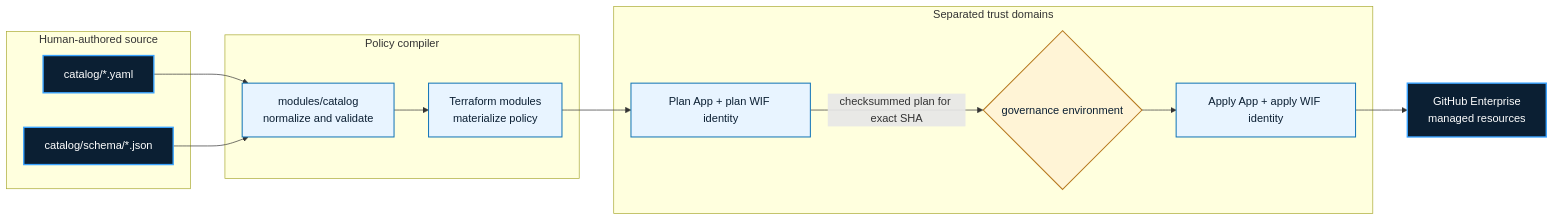
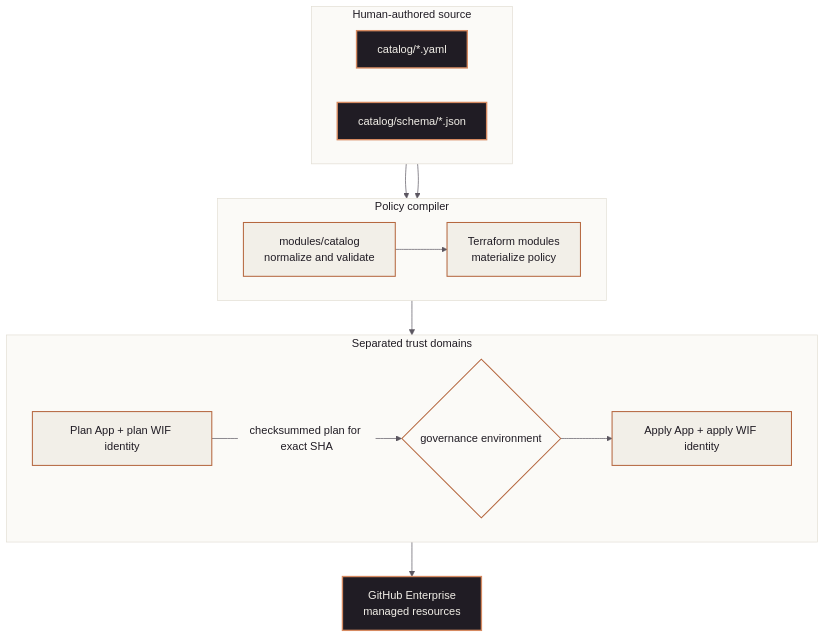
Before and after one commit to mindclade/github-config-old: the diagram in docs/architecture.md, drawn with Mermaid. The commit also changed 50 other files, not shown here.

````diff
--- a/docs/architecture.md
+++ b/docs/architecture.md
@@ -43,32 +43,39 @@
 ```mermaid
-flowchart LR
+%%{init: {"theme":"base","themeVariables":{"primaryColor":"#F2EFE8","primaryTextColor":"#201C24","primaryBorderColor":"#B5673F","secondaryColor":"#FBFAF7","tertiaryColor":"#FBFAF7","lineColor":"#5B5660","edgeLabelBackground":"#FBFAF7","clusterBkg":"#FBFAF7","clusterBorder":"#E2DED4"}}}%%
+flowchart TD
     subgraph Source["Human-authored source"]
+        direction LR
         CAT["catalog/*.yaml"]
         SCH["catalog/schema/*.json"]
     end
     subgraph Compiler["Policy compiler"]
+        direction LR
         MOD["modules/catalog<br/>normalize and validate"]
         TF["Terraform modules<br/>materialize policy"]
     end
     subgraph Trust["Separated trust domains"]
+        direction LR
         PLAN["Plan App + plan WIF identity"]
         GATE{"governance environment"}
         APPLY["Apply App + apply WIF identity"]
     end
     GH["GitHub Enterprise<br/>managed resources"]
 
     CAT --> MOD
     SCH --> MOD
     MOD --> TF
     TF --> PLAN
     PLAN -->|"checksummed plan for exact SHA"| GATE
     GATE --> APPLY
     APPLY --> GH
 
-    classDef authority fill:#0b1f33,color:#ffffff,stroke:#3aa3ff,stroke-width:2px;
-    classDef managed fill:#e8f4ff,color:#0b1f33,stroke:#1677b8,stroke-width:1.5px;
-    classDef approval fill:#fff4d6,color:#0b1f33,stroke:#b7791f,stroke-width:1.5px;
+    classDef authority fill:#201C24,color:#F2EFE8,stroke:#D68A61,stroke-width:2px;
+    classDef managed fill:#F2EFE8,color:#201C24,stroke:#B5673F,stroke-width:1.5px;
+    classDef approval fill:#FBFAF7,color:#201C24,stroke:#B5673F,stroke-width:1.5px;
+    style Source fill:#FBFAF7,stroke:#E2DED4,color:#201C24;
+    style Compiler fill:#FBFAF7,stroke:#E2DED4,color:#201C24;
+    style Trust fill:#FBFAF7,stroke:#E2DED4,color:#201C24;
     class CAT,SCH,GH authority;
     class MOD,TF,PLAN,APPLY managed;
     class GATE approval;
 ```
````
